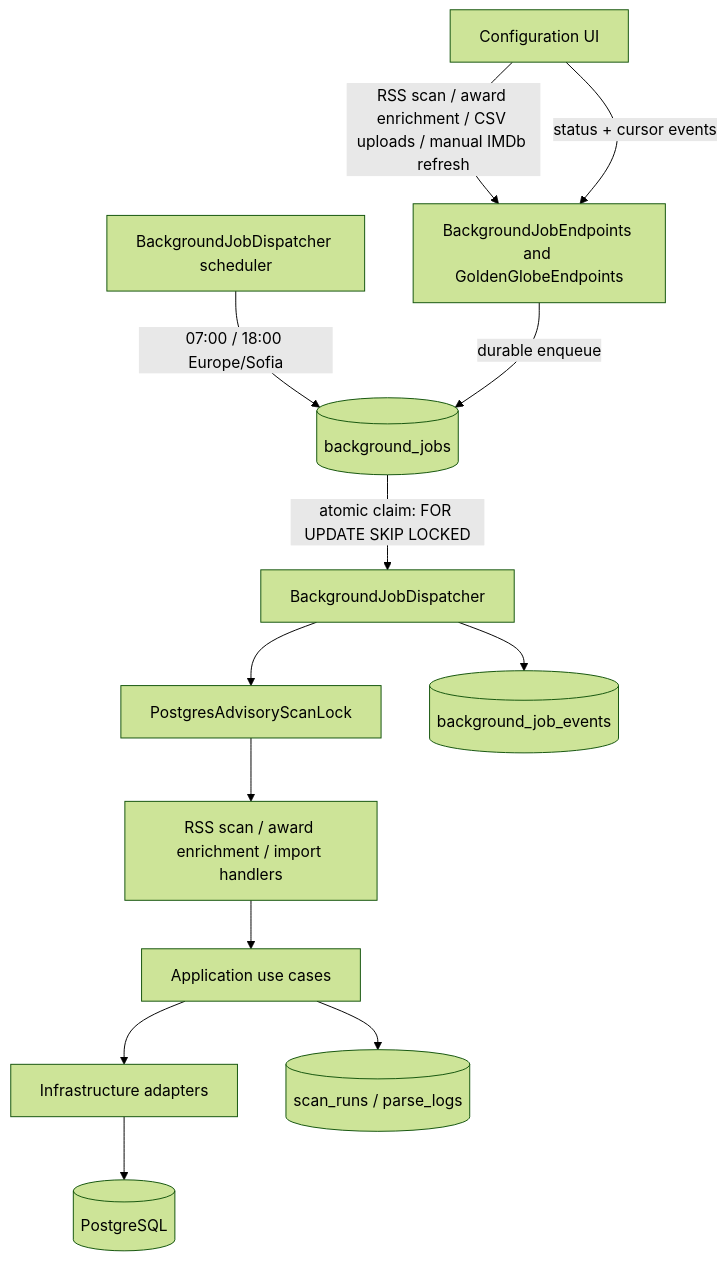
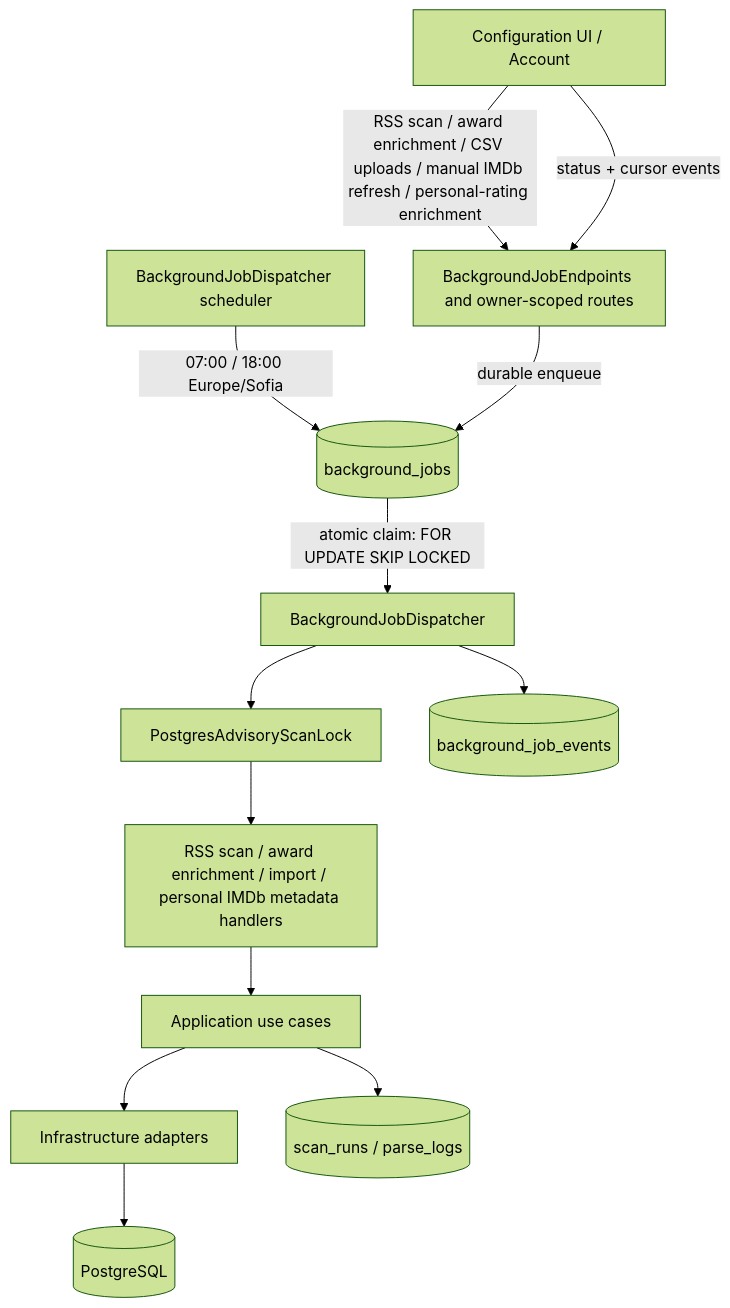
One commit to ValeriDublekov/MediaDock2.0 changed the fourth of 5 diagrams in docs/ai/ARCHITECTURE.md. Above: the diagram before and after it, drawn with Mermaid (forest theme). The commit also changed other lines of this file and 7 other files, not shown here.

````diff
--- a/docs/ai/ARCHITECTURE.md
+++ b/docs/ai/ARCHITECTURE.md
@@ -88,15 +90,15 @@
 ```mermaid
 flowchart TD
-    ui["Configuration UI"] -->|"RSS scan / award enrichment / CSV uploads / manual IMDb refresh"| routes["BackgroundJobEndpoints and GoldenGlobeEndpoints"]
+    ui["Configuration UI / Account"] -->|"RSS scan / award enrichment / CSV uploads / manual IMDb refresh / personal-rating enrichment"| routes["BackgroundJobEndpoints and owner-scoped routes"]
     scheduler["BackgroundJobDispatcher scheduler"] -->|"07:00 / 18:00 Europe/Sofia"| queue[("background_jobs")]
     routes -->|"durable enqueue"| queue
     queue -->|"atomic claim: FOR UPDATE SKIP LOCKED"| dispatcher["BackgroundJobDispatcher"]
     dispatcher --> lock["PostgresAdvisoryScanLock"]
-    lock --> handler["RSS scan / award enrichment / import handlers"]
+    lock --> handler["RSS scan / award enrichment / import / personal IMDb metadata handlers"]
     handler --> app["Application use cases"]
     app --> infra["Infrastructure adapters"]
     infra --> db[("PostgreSQL")]
     dispatcher --> events[("background_job_events")]
     app --> history[("scan_runs / parse_logs")]
     ui -->|"status + cursor events"| routes
 ```
````
